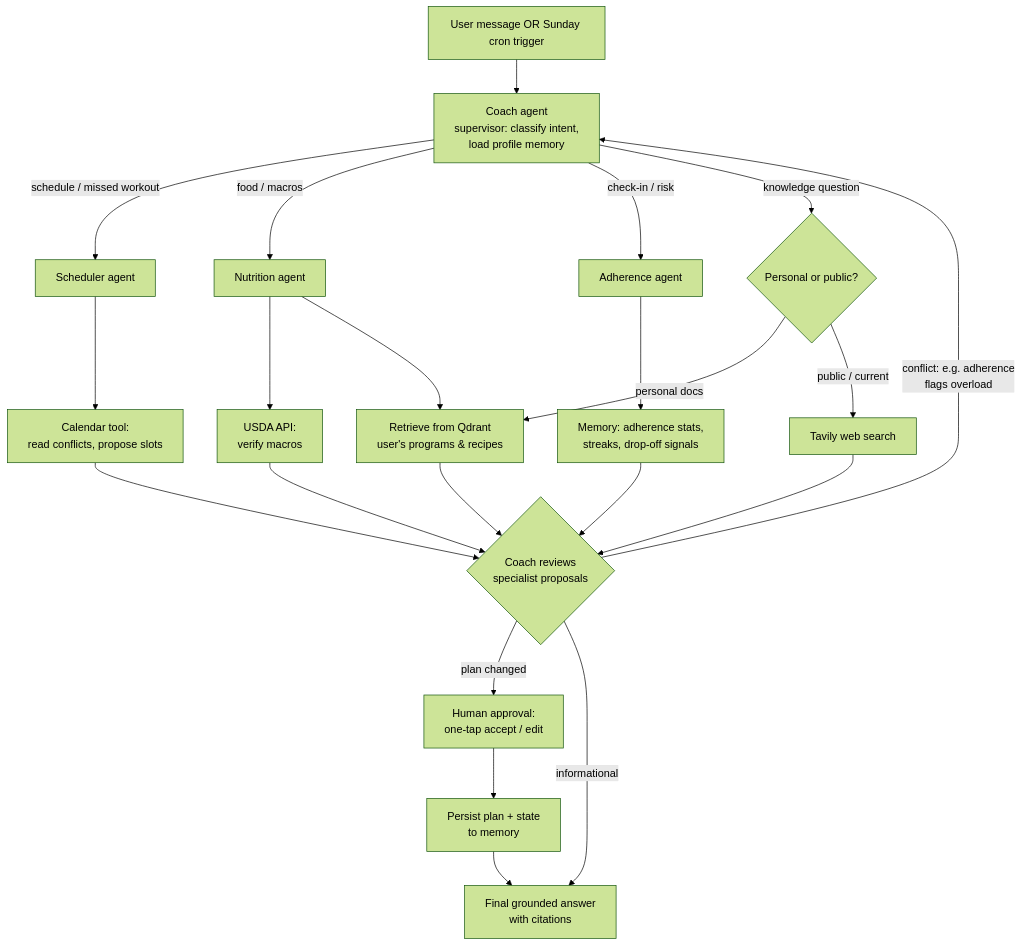
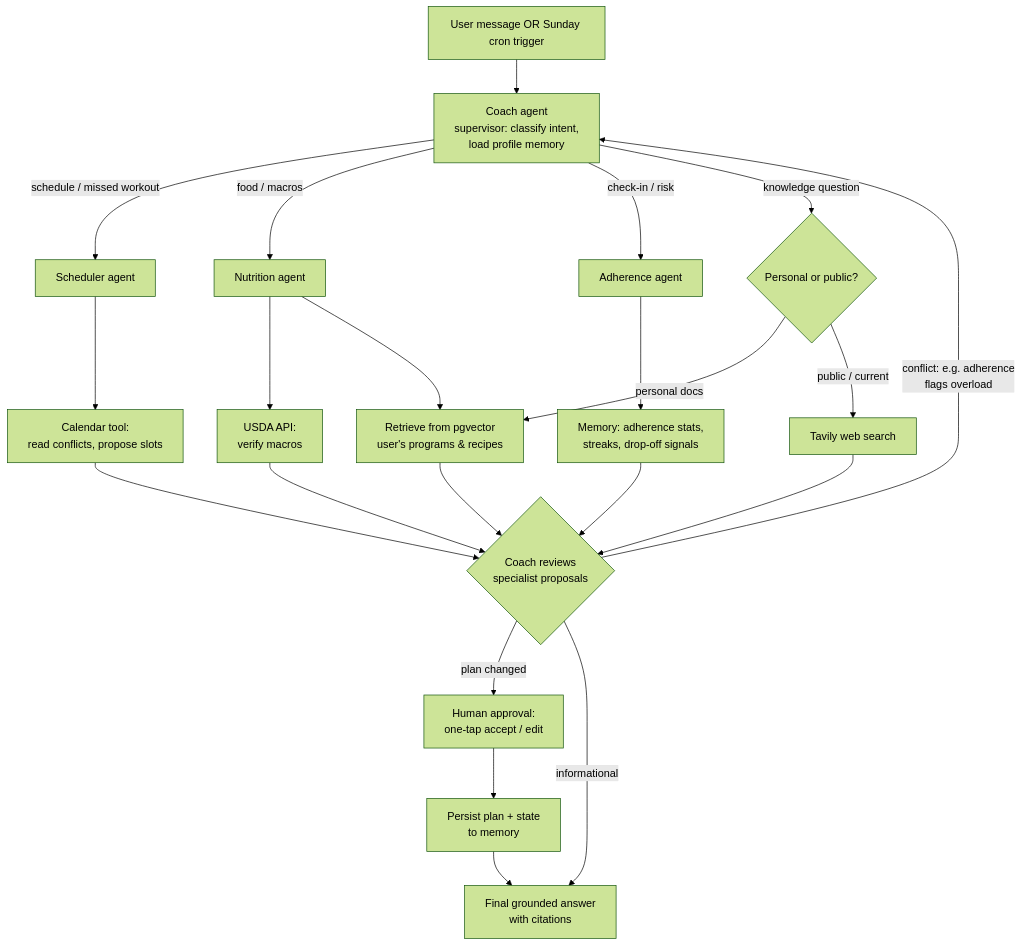
One commit to saurabhIU/SteadyFit changed the third of 3 diagrams in PLAN.md. Above: the diagram before and after it, drawn with Mermaid (forest theme). The commit also changed other lines of this file and 2 other files, not shown here.

Commit message:
updated plan.md with updated architecture

````diff
--- a/PLAN.md
+++ b/PLAN.md
@@ -121,24 +122,24 @@
 ```mermaid
 flowchart TD
     IN[User message OR Sunday cron trigger] --> COACH[Coach agent\nsupervisor: classify intent,\nload profile memory]
     COACH -->|schedule / missed workout| SCH[Scheduler agent]
     COACH -->|food / macros| NUT[Nutrition agent]
     COACH -->|check-in / risk| ADH[Adherence agent]
     COACH -->|knowledge question| RAGQ{Personal or public?}
-    RAGQ -->|personal docs| RET[Retrieve from Qdrant\nuser's programs & recipes]
+    RAGQ -->|personal docs| RET[Retrieve from pgvector\nuser's programs & recipes]
     RAGQ -->|public / current| TAV[Tavily web search]
     SCH --> CALT[Calendar tool:\nread conflicts, propose slots]
     NUT --> FOODT[USDA API:\nverify macros]
     NUT --> RET
     ADH --> MEMT[Memory: adherence stats,\nstreaks, drop-off signals]
     CALT --> COUNCIL{Coach reviews\nspecialist proposals}
     FOODT --> COUNCIL
     MEMT --> COUNCIL
     RET --> COUNCIL
     TAV --> COUNCIL
     COUNCIL -->|conflict: e.g. adherence\nflags overload| COACH
     COUNCIL -->|plan changed| HITL[Human approval:\none-tap accept / edit]
     COUNCIL -->|informational| OUT[Final grounded answer\nwith citations]
     HITL --> SAVE[Persist plan + state\nto memory]
     SAVE --> OUT
 ```
````
